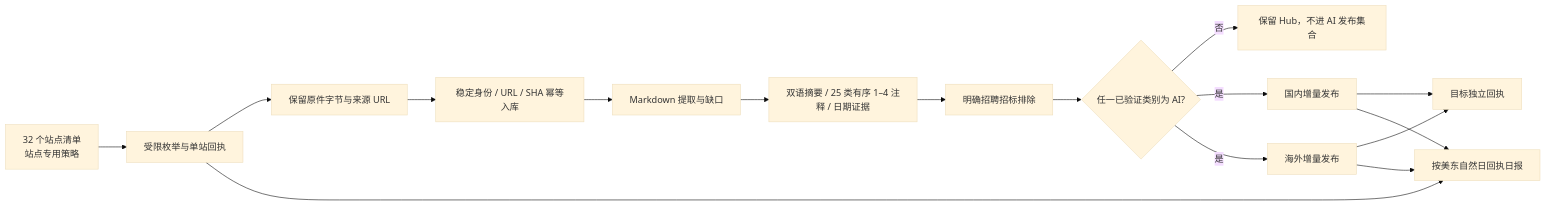
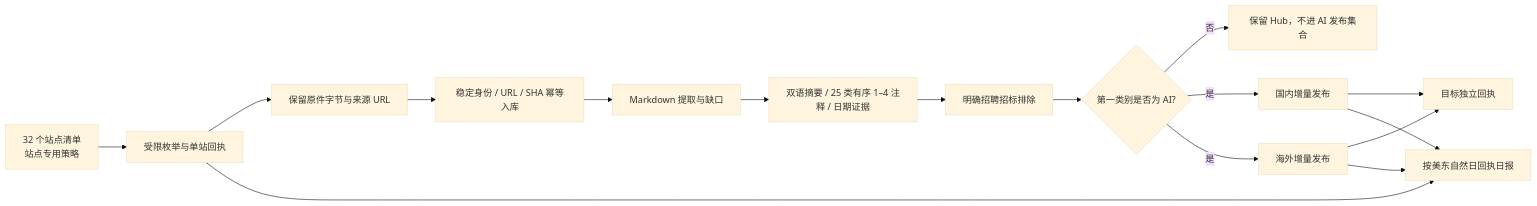
One commit to ferryhe/AI_actuarial_inforsearch changed the diagram in .agents/skills/local-actuarial-flow/references/workflow.zh-CN.md. Above: the diagram before and after it, drawn with Mermaid (base theme). The commit also changed other lines of this file and 9 other files, not shown here.

````diff
--- a/.agents/skills/local-actuarial-flow/references/workflow.zh-CN.md
+++ b/.agents/skills/local-actuarial-flow/references/workflow.zh-CN.md
@@ -13,18 +13,18 @@
 ```mermaid
 flowchart LR
   A[32 个站点清单<br/>站点专用策略] --> B[受限枚举与单站回执]
   B --> C[保留原件字节与来源 URL]
   C --> D[稳定身份 / URL / SHA 幂等入库]
   D --> E[Markdown 提取与缺口]
   E --> F[双语摘要 / 25 类有序 1–4 注释 / 日期证据]
   F --> G[明确招聘招标排除]
-  G --> H{任一已验证类别为 AI?}
+  G --> H{第一类别是否为 AI?}
   H -->|否| I[保留 Hub，不进 AI 发布集合]
   H -->|是| J[国内增量发布]
   H -->|是| K[海外增量发布]
   J --> L[目标独立回执]
   K --> L
   B --> M[按美东自然日回执日报]
   J --> M
   K --> M
 ```
````
